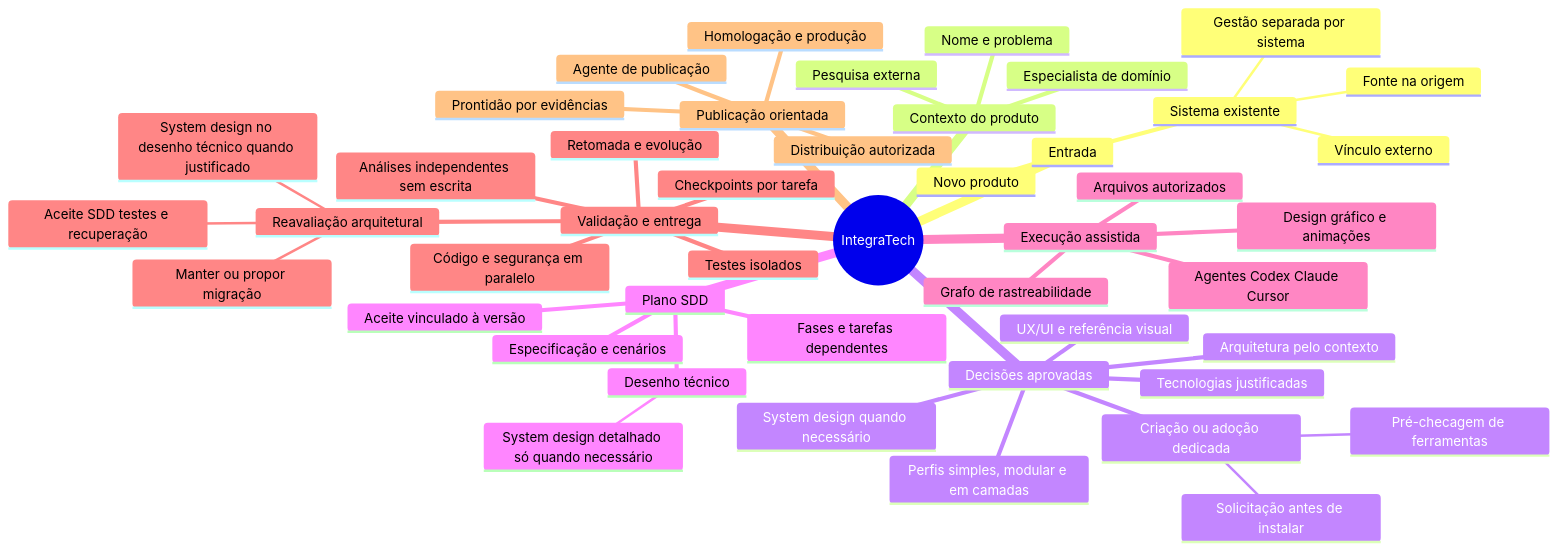
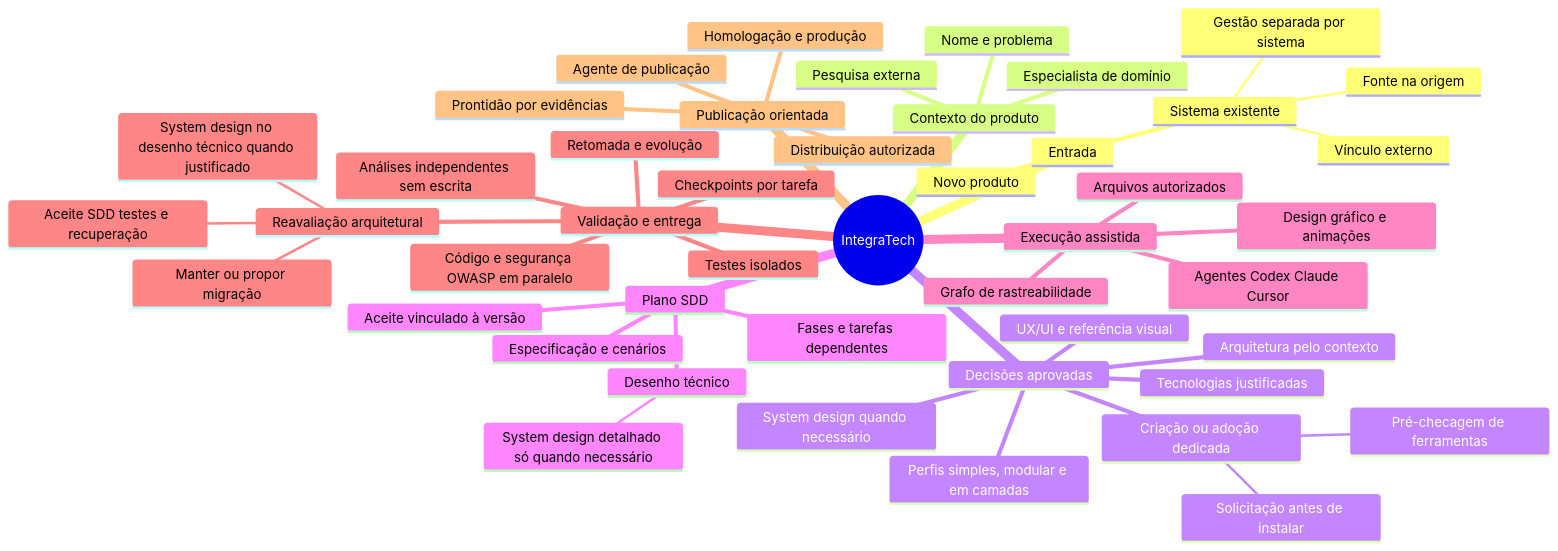
One commit to erickcremona/IntegraTech changed the diagram in README.md. Above: the diagram before and after it, drawn with Mermaid. The commit also changed 18 other files, not shown here.

````diff
--- a/README.md
+++ b/README.md
@@ -17,49 +17,49 @@
 ```mermaid
 mindmap
   root((IntegraTech))
     Entrada
       Novo produto
       Sistema existente
         Vínculo externo
         Fonte na origem
         Gestão separada por sistema
     Contexto do produto
       Nome e problema
       Pesquisa externa
       Especialista de domínio
     Decisões aprovadas
       Tecnologias justificadas
       Arquitetura pelo contexto
       Perfis simples, modular e em camadas
       System design quando necessário
       UX/UI e referência visual
       Criação ou adoção dedicada
         Pré-checagem de ferramentas
         Solicitação antes de instalar
     Plano SDD
       Especificação e cenários
       Desenho técnico
         System design detalhado só quando necessário
       Fases e tarefas dependentes
       Aceite vinculado à versão
     Execução assistida
       Agentes Codex Claude Cursor
       Arquivos autorizados
       Grafo de rastreabilidade
       Design gráfico e animações
     Validação e entrega
       Testes isolados
-      Código e segurança em paralelo
+      Código e segurança OWASP em paralelo
       Análises independentes sem escrita
       Checkpoints por tarefa
       Retomada e evolução
       Reavaliação arquitetural
         Manter ou propor migração
         System design no desenho técnico quando justificado
         Aceite SDD testes e recuperação
     Publicação orientada
       Agente de publicação
       Prontidão por evidências
       Homologação e produção
       Distribuição autorizada
 ```
````
